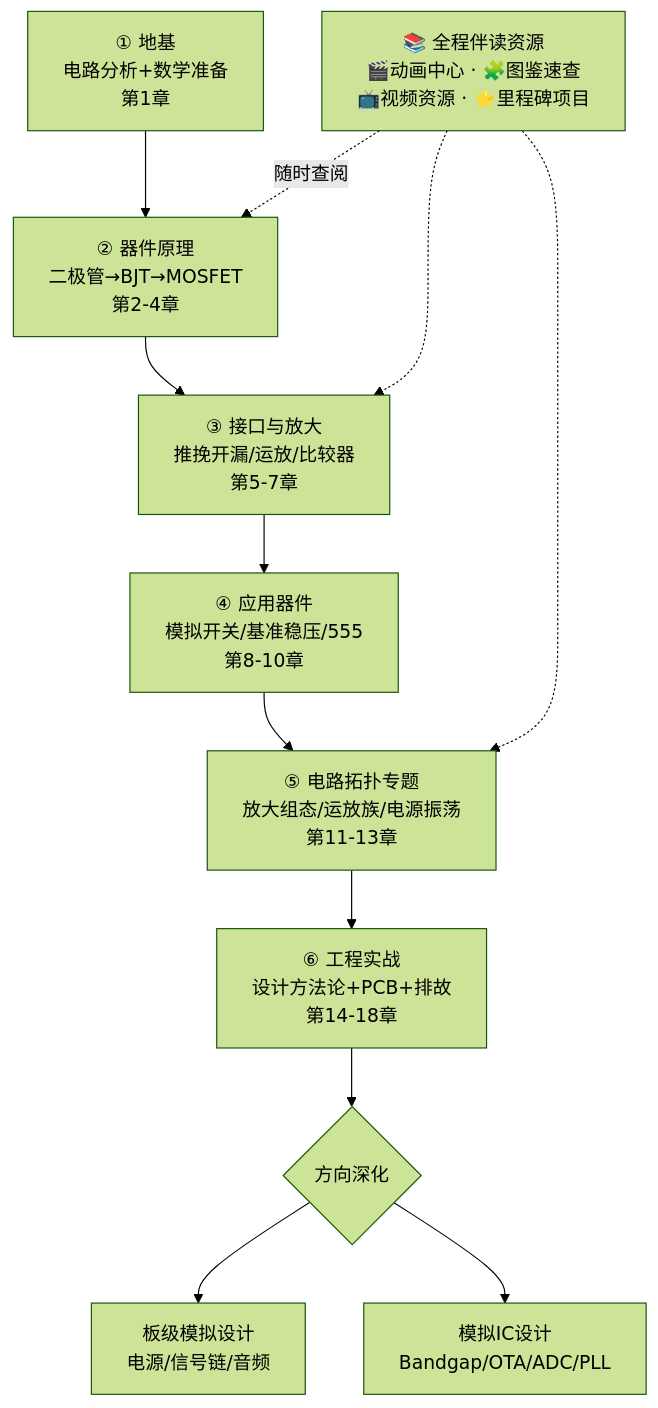
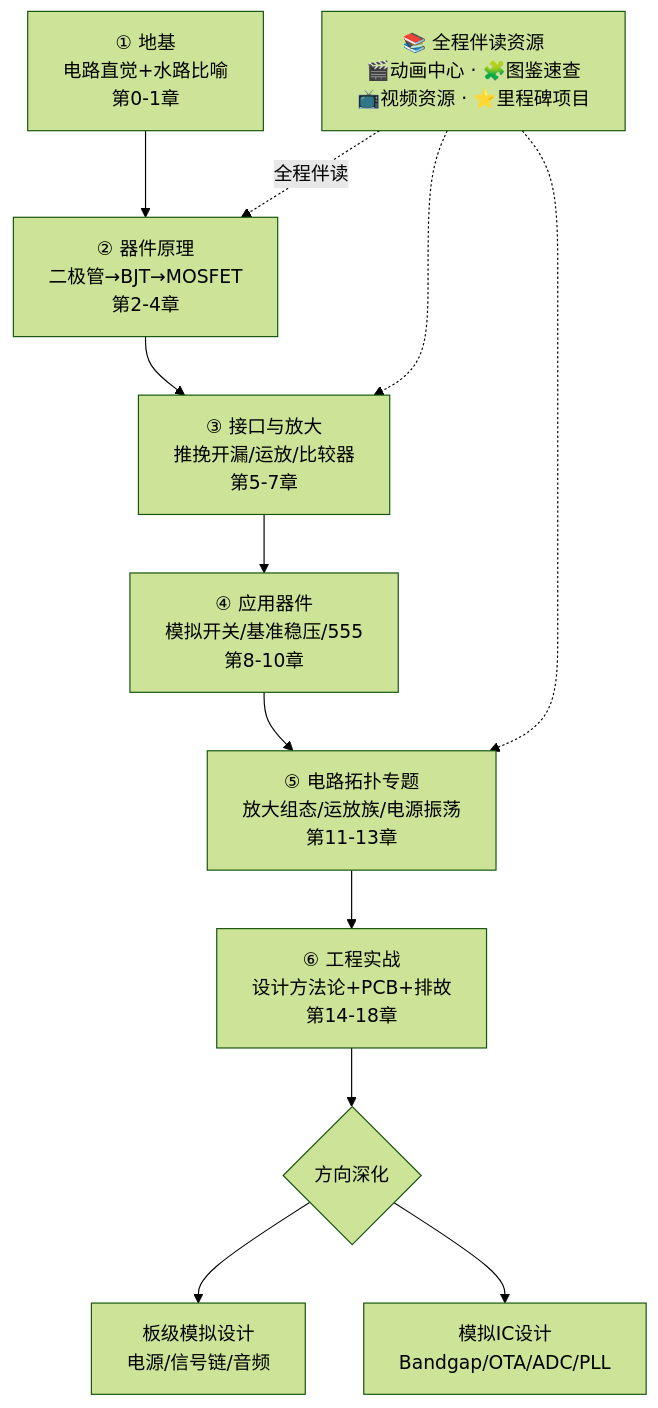
The diagram in README.md (zhuguang-ZFG/analog-circuit-roadmap), drawn with Mermaid (forest theme) before and after one commit. The commit also changed other lines of this file and 6 other files, not shown here.

````diff
--- a/README.md
+++ b/README.md
@@ -53,14 +55,14 @@
 ```mermaid
 graph TD
-    A[① 地基<br/>电路分析+数学准备<br/>第1章] --> B[② 器件原理<br/>二极管→BJT→MOSFET<br/>第2-4章]
+    A[① 地基<br/>电路直觉+水路比喻<br/>第0-1章] --> B[② 器件原理<br/>二极管→BJT→MOSFET<br/>第2-4章]
     B --> C[③ 接口与放大<br/>推挽开漏/运放/比较器<br/>第5-7章]
     C --> D[④ 应用器件<br/>模拟开关/基准稳压/555<br/>第8-10章]
     D --> E[⑤ 电路拓扑专题<br/>放大组态/运放族/电源振荡<br/>第11-13章]
     E --> F[⑥ 工程实战<br/>设计方法论+PCB+排故<br/>第14-18章]
     F --> G{方向深化}
     G --> H[板级模拟设计<br/>电源/信号链/音频]
     G --> I[模拟IC设计<br/>Bandgap/OTA/ADC/PLL]
-    R[📚 全程伴读资源<br/>🎬动画中心 · 🧩图鉴速查<br/>📺视频资源 · ⭐里程碑项目] -. 随时查阅 .-> B
+    R[📚 全程伴读资源<br/>🎬动画中心 · 🧩图鉴速查<br/>📺视频资源 · ⭐里程碑项目] -. "全程伴读" .-> B
     R -.-> C
     R -.-> E
 ```
````
